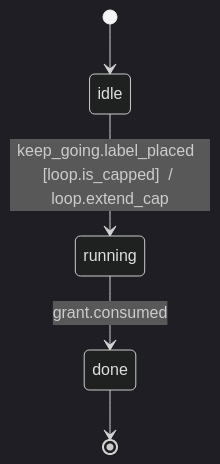
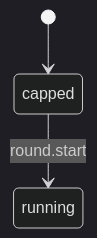
One commit to kostiantyn-matsebora/agent-ops-operator changed the diagram in .github/conveyor-model/mermaid/conveyor_keep_going.mmd. Above: the diagram before and after it, drawn with Mermaid (dark theme). The commit also changed 10 other files, not shown here.

```diff
--- a/.github/conveyor-model/mermaid/conveyor_keep_going.mmd
+++ b/.github/conveyor-model/mermaid/conveyor_keep_going.mmd
@@ -1,5 +1,5 @@
 stateDiagram-v2
-    [*] --> idle
-    idle --> running : keep_going.label_placed  [loop.is_capped]  / loop.extend_cap
-    running --> done : grant.consumed
-    done --> [*]
+    [*] --> capped
+    state capped
+    state running
+    capped --> running : round.start
```
